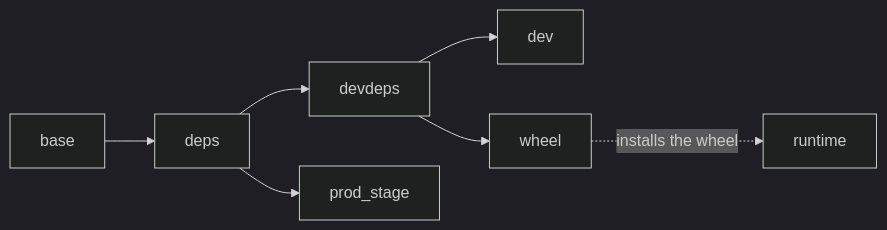
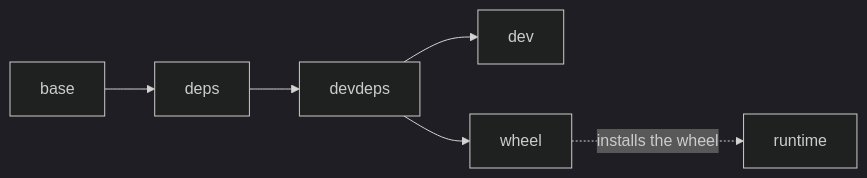
The diagram in docker/README.md (NVIDIA-BioNeMo/BioNeMo-Inference-Runtime), drawn with Mermaid (dark theme) before and after one commit. The commit also changed other lines of this file and 23 other files, not shown here.

````diff
--- a/docker/README.md
+++ b/docker/README.md
@@ -10,9 +10,8 @@
 ```mermaid
 flowchart LR
     base --> deps
     deps --> devdeps
-    deps --> prod_stage
     devdeps --> dev
     devdeps --> wheel
     wheel -. "installs the wheel" .-> runtime
 ```
````
